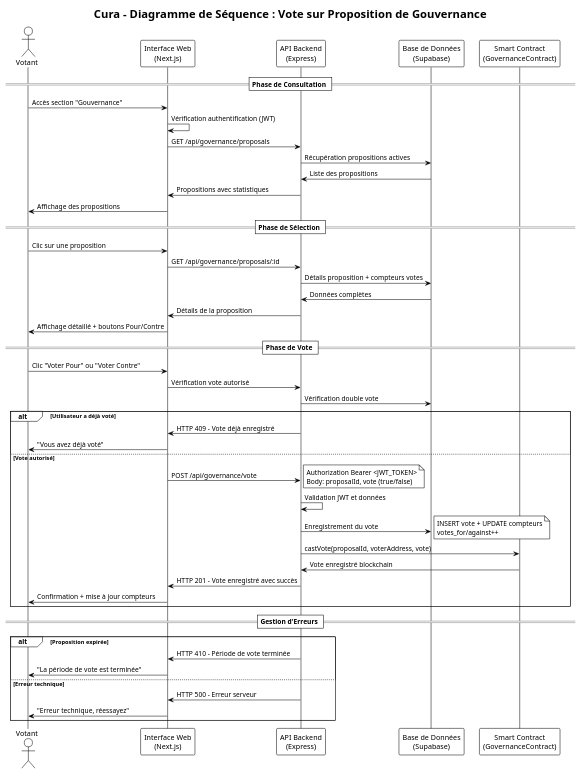
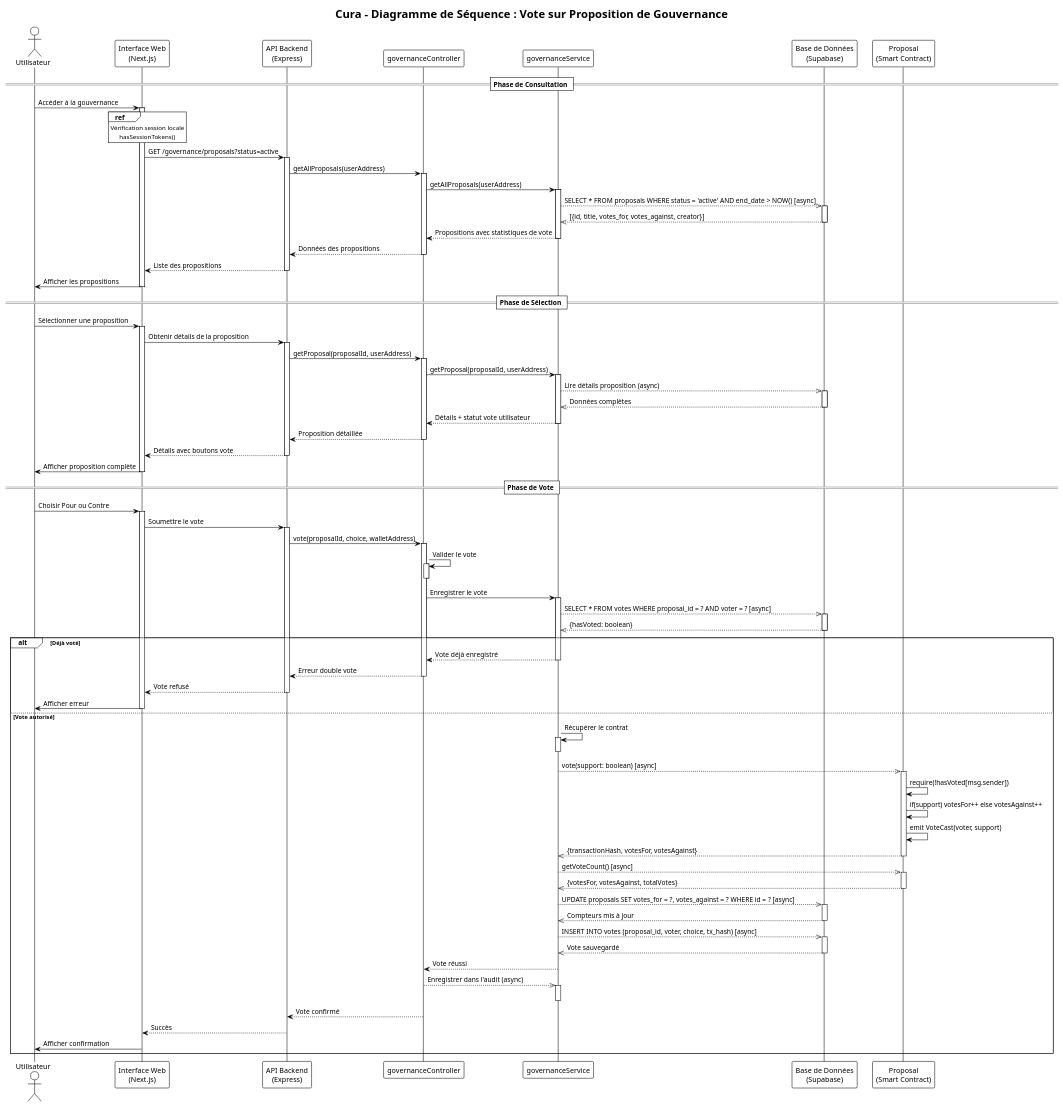
One commit to monark-community/zk-medical-data-exchange changed the diagram in docs/sequence-diagrams/governance-voting-sequence.puml. Above: the diagram before and after it, drawn with PlantUML. The commit also changed 22 other files, not shown here.

First line of the commit message:
feat: Update sequence diagrams (#348)

```diff
--- a/docs/sequence-diagrams/governance-voting-sequence.puml
+++ b/docs/sequence-diagrams/governance-voting-sequence.puml
@@ -1,68 +1,134 @@
 @startuml Governance_Voting_Sequence
 !theme plain
 
 title Cura - Diagramme de Séquence : Vote sur Proposition de Gouvernance
 
-actor "Votant" as Voter
+actor "Utilisateur" as User
 participant "Interface Web\n(Next.js)" as Frontend
 participant "API Backend\n(Express)" as Backend
+participant "governanceController" as Controller
+participant "governanceService" as Service
 participant "Base de Données\n(Supabase)" as Database
-participant "Smart Contract\n(GovernanceContract)" as GovernanceContract
+participant "Proposal\n(Smart Contract)" as ProposalContract
 
 == Phase de Consultation ==
-Voter -> Frontend : Accès section "Gouvernance"
-Frontend -> Frontend : Vérification authentification (JWT)
-Frontend -> Backend : GET /api/governance/proposals
-Backend -> Database : Récupération propositions actives
-Database -> Backend : Liste des propositions
-Backend -> Frontend : Propositions avec statistiques
-Frontend -> Voter : Affichage des propositions
+User -> Frontend : Accéder à la gouvernance
+activate Frontend
+ref over Frontend
+    Vérification session locale
+    hasSessionTokens()
+end ref
+Frontend -> Backend : GET /governance/proposals?status=active
+activate Backend
+Backend -> Controller : getAllProposals(userAddress)
+activate Controller
+Controller -> Service : getAllProposals(userAddress)
+activate Service
+Service -->> Database : SELECT * FROM proposals WHERE status = 'active' AND end_date > NOW() [async]
+activate Database
+Database -->> Service : [{id, title, votes_for, votes_against, creator}]
+deactivate Database
+Service --> Controller : Propositions avec statistiques de vote
+deactivate Service
+Controller --> Backend : Données des propositions
+deactivate Controller
+Backend --> Frontend : Liste des propositions
+deactivate Backend
+Frontend -> User : Afficher les propositions
+deactivate Frontend
 
 == Phase de Sélection ==
-Voter -> Frontend : Clic sur une proposition
-Frontend -> Backend : GET /api/governance/proposals/:id
-Backend -> Database : Détails proposition + compteurs votes
-Database -> Backend : Données complètes
-Backend -> Frontend : Détails de la proposition
-Frontend -> Voter : Affichage détaillé + boutons Pour/Contre
+User -> Frontend : Sélectionner une proposition
+activate Frontend
+Frontend -> Backend : Obtenir détails de la proposition
+activate Backend
+Backend -> Controller : getProposal(proposalId, userAddress)
+activate Controller
+Controller -> Service : getProposal(proposalId, userAddress)
+activate Service
+Service -->> Database : Lire détails proposition (async)
+activate Database
+Database -->> Service : Données complètes
+deactivate Database
+Service --> Controller : Détails + statut vote utilisateur
+deactivate Service
+Controller --> Backend : Proposition détaillée
+deactivate Controller
+Backend --> Frontend : Détails avec boutons vote
+deactivate Backend
+Frontend -> User : Afficher proposition complète
+deactivate Frontend
 
 == Phase de Vote ==
-Voter -> Frontend : Clic "Voter Pour" ou "Voter Contre"
-Frontend -> Backend : Vérification vote autorisé
-Backend -> Database : Vérification double vote
+User -> Frontend : Choisir Pour ou Contre
+activate Frontend
+Frontend -> Backend : Soumettre le vote
+activate Backend
+Backend -> Controller : vote(proposalId, choice, walletAddress)
+activate Controller
 
-alt Utilisateur a déjà voté
-    Backend -> Frontend : HTTP 409 - Vote déjà enregistré
-    Frontend -> Voter : "Vous avez déjà voté"
+Controller -> Controller : Valider le vote
+activate Controller
+deactivate Controller
+
+Controller -> Service : Enregistrer le vote
+activate Service
+
+Service -->> Database : SELECT * FROM votes WHERE proposal_id = ? AND voter = ? [async]
+activate Database
+Database -->> Service : {hasVoted: boolean}
+deactivate Database
+
+alt Déjà voté
+    Service --> Controller : Vote déjà enregistré
+    deactivate Service
+    Controller --> Backend : Erreur double vote
+    deactivate Controller
+    Backend --> Frontend : Vote refusé
+    deactivate Backend
+    Frontend -> User : Afficher erreur
+    deactivate Frontend
 else Vote autorisé
-    Frontend -> Backend : POST /api/governance/vote
-    note right
-    Authorization Bearer <JWT_TOKEN>
-    Body: proposalId, vote (true/false)
-    end note
+    Service -> Service : Récupérer le contrat
+    activate Service
+    deactivate Service
     
-    Backend -> Backend : Validation JWT et données
+    Service -->> ProposalContract : vote(support: boolean) [async]
+    activate ProposalContract
+    ProposalContract -> ProposalContract : require(!hasVoted[msg.sender])
+    ProposalContract -> ProposalContract : if(support) votesFor++ else votesAgainst++
+    ProposalContract -> ProposalContract : emit VoteCast(voter, support)
+    ProposalContract -->> Service : {transactionHash, votesFor, votesAgainst}
+    deactivate ProposalContract
     
-    Backend -> Database : Enregistrement du vote
-    note right
-    INSERT vote + UPDATE compteurs
-    votes_for/against++
-    end note
+    Service -->> ProposalContract : getVoteCount() [async]
+    activate ProposalContract
+    ProposalContract -->> Service : {votesFor, votesAgainst, totalVotes}
+    deactivate ProposalContract
     
-    Backend -> GovernanceContract : castVote(proposalId, voterAddress, vote)
-    GovernanceContract -> Backend : Vote enregistré blockchain
+    Service -->> Database : UPDATE proposals SET votes_for = ?, votes_against = ? WHERE id = ? [async]
+    activate Database
+    Database -->> Service : Compteurs mis à jour
+    deactivate Database
     
-    Backend -> Frontend : HTTP 201 - Vote enregistré avec succès
-    Frontend -> Voter : Confirmation + mise à jour compteurs
-end
-
-== Gestion d'Erreurs ==
-alt Proposition expirée
-    Backend -> Frontend : HTTP 410 - Période de vote terminée
-    Frontend -> Voter : "La période de vote est terminée"
-else Erreur technique
-    Backend -> Frontend : HTTP 500 - Erreur serveur
-    Frontend -> Voter : "Erreur technique, réessayez"
+    Service -->> Database : INSERT INTO votes (proposal_id, voter, choice, tx_hash) [async]
+    activate Database
+    Database -->> Service : Vote sauvegardé
+    deactivate Database
+    
+    Service --> Controller : Vote réussi
+    deactivate Service
+    
+    Controller -->> Service : Enregistrer dans l'audit (async)
+    activate Service
+    deactivate Service
+    
+    Controller --> Backend : Vote confirmé
+    deactivate Controller
+    Backend --> Frontend : Succès
+    deactivate Backend
+    Frontend -> User : Afficher confirmation
+    deactivate Frontend
 end
 
 @enduml
```
